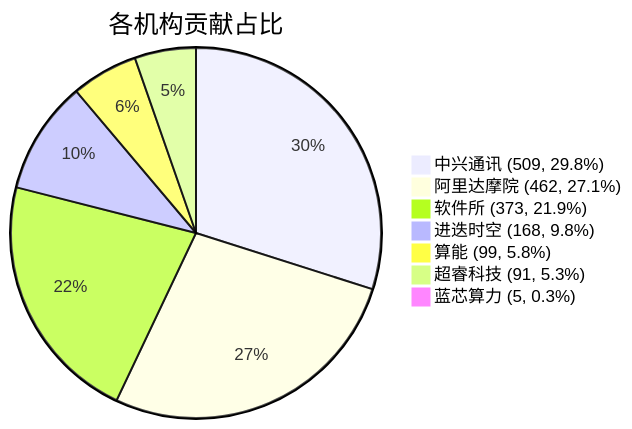
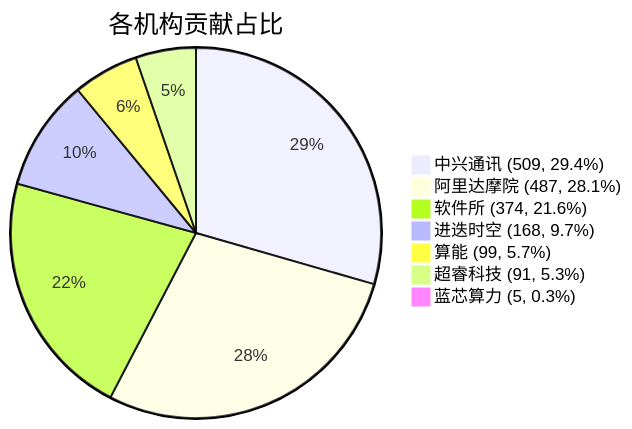
The diagram in docs/index.md (RVCK-Project/rvck), drawn with Mermaid before and after one commit. The commit also changed other lines of this file and 23 other files, not shown here.

````diff
--- a/docs/index.md
+++ b/docs/index.md
@@ -34,10 +34,10 @@
 ```mermaid
 pie title 各机构贡献占比
-    "中兴通讯 (509, 29.8%)" : 509
-    "阿里达摩院 (462, 27.1%)" : 462
-    "软件所 (373, 21.9%)" : 373
-    "进迭时空 (168, 9.8%)" : 168
-    "算能 (99, 5.8%)" : 99
+    "中兴通讯 (509, 29.4%)" : 509
+    "阿里达摩院 (487, 28.1%)" : 487
+    "软件所 (374, 21.6%)" : 374
+    "进迭时空 (168, 9.7%)" : 168
+    "算能 (99, 5.7%)" : 99
     "超睿科技 (91, 5.3%)" : 91
     "蓝芯算力 (5, 0.3%)" : 5
 ```
````
